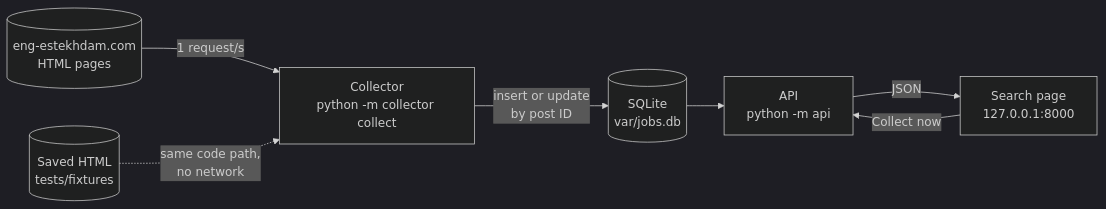
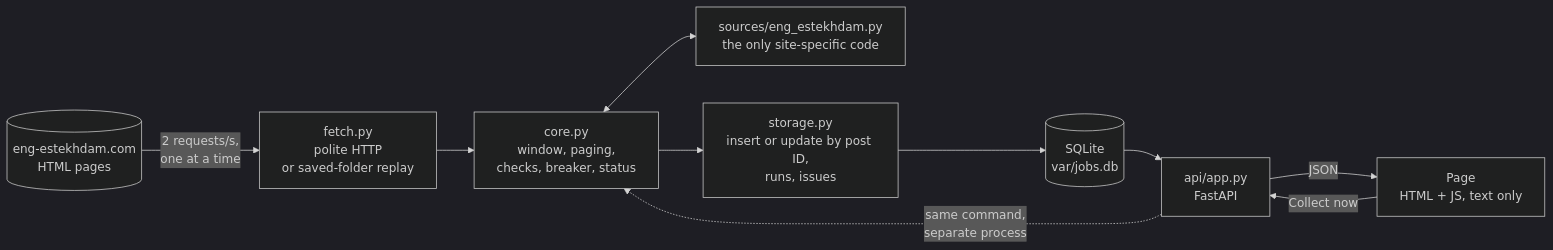
Before and after one commit to ParhamBeik/job-posting-collector: the second of 4 diagrams in README.md, drawn with Mermaid (dark theme). The commit also changed other lines of this file and 4 other files, not shown here.

````diff
--- a/README.md
+++ b/README.md
@@ -8,9 +130,12 @@
 ```mermaid
 flowchart LR
-    SITE[("eng-estekhdam.com<br/>HTML pages")] -->|"1 request/s"| COL["Collector<br/>python -m collector collect"]
-    FIX[("Saved HTML<br/>tests/fixtures")] -.->|"same code path,<br/>no network"| COL
-    COL -->|"insert or update<br/>by post ID"| DB[("SQLite<br/>var/jobs.db")]
-    DB --> API["API<br/>python -m api"]
-    API -->|JSON| PAGE["Search page<br/>127.0.0.1:8000"]
+    SITE[("eng-estekhdam.com<br/>HTML pages")] -->|"2 requests/s,<br/>one at a time"| FETCH["fetch.py<br/>polite HTTP<br/>or saved-folder replay"]
+    FETCH --> CORE["core.py<br/>window, paging,<br/>checks, breaker, status"]
+    CORE <--> ADAPT["sources/eng_estekhdam.py<br/>the only site-specific code"]
+    CORE --> STORE["storage.py<br/>insert or update by post ID,<br/>runs, issues"]
+    STORE --> DB[("SQLite<br/>var/jobs.db")]
+    DB --> API["api/app.py<br/>FastAPI"]
+    API -->|JSON| PAGE["Page<br/>HTML + JS, text only"]
     PAGE -->|"Collect now"| API
+    API -.->|"same command,<br/>separate process"| CORE
 ```
````
